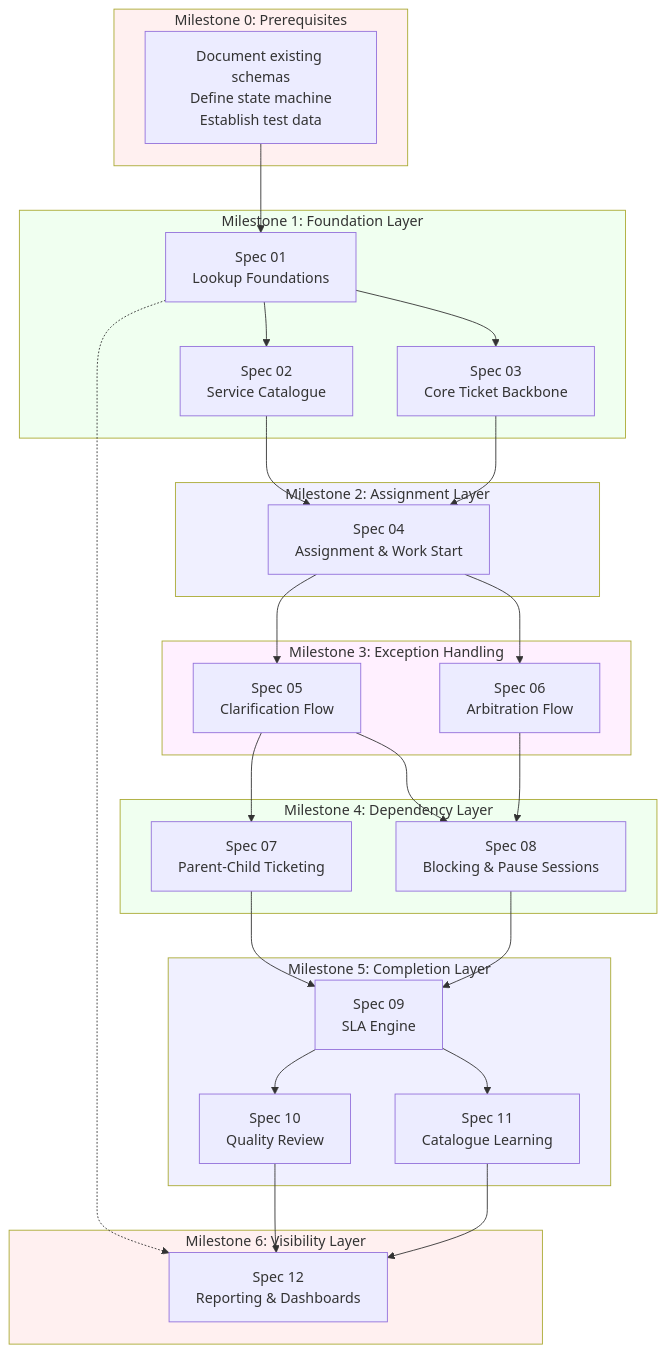
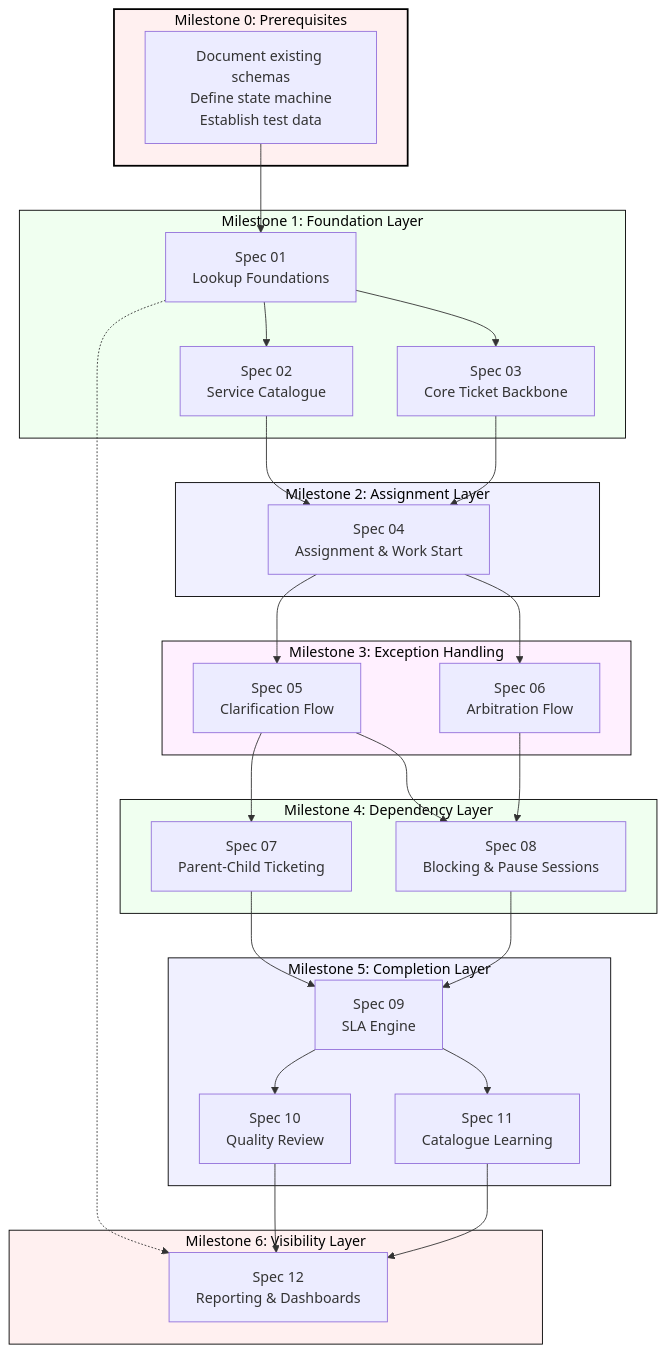
Before and after one commit to Fahad1993/SmartFoundationTickets: the second of 12 diagrams in workflow_analysis.md, drawn with Mermaid. The commit also changed other lines of this file and 25 other files, not shown here.

First line of the commit message:
Add ticketing DB schema and sync workflows

````diff
--- a/workflow_analysis.md
+++ b/workflow_analysis.md
@@ -93,62 +102,75 @@
 ```mermaid
 graph TB
     subgraph M0["Milestone 0: Prerequisites"]
         PREREQ[Document existing schemas<br/>Define state machine<br/>Establish test data]
     end
 
     subgraph M1["Milestone 1: Foundation Layer"]
         S01[Spec 01<br/>Lookup Foundations]
         S02[Spec 02<br/>Service Catalogue]
         S03[Spec 03<br/>Core Ticket Backbone]
     end
 
     subgraph M2["Milestone 2: Assignment Layer"]
         S04[Spec 04<br/>Assignment & Work Start]
     end
 
     subgraph M3["Milestone 3: Exception Handling"]
         S05[Spec 05<br/>Clarification Flow]
         S06[Spec 06<br/>Arbitration Flow]
     end
 
     subgraph M4["Milestone 4: Dependency Layer"]
         S07[Spec 07<br/>Parent-Child Ticketing]
         S08[Spec 08<br/>Blocking & Pause Sessions]
     end
 
     subgraph M5["Milestone 5: Completion Layer"]
         S09[Spec 09<br/>SLA Engine]
         S10[Spec 10<br/>Quality Review]
         S11[Spec 11<br/>Catalogue Learning]
     end
 
     subgraph M6["Milestone 6: Visibility Layer"]
         S12[Spec 12<br/>Reporting & Dashboards]
     end
 
     PREREQ --> S01
     S01 --> S02
     S01 --> S03
     S01 -.-> S12
     S02 --> S04
     S03 --> S04
     S04 --> S05
     S04 --> S06
     S05 --> S07
     S05 --> S08
     S06 --> S08
     S07 --> S09
     S08 --> S09
     S09 --> S10
     S09 --> S11
     S10 --> S12
     S11 --> S12
 
-    style M0 fill:#fff0f0
-    style M1 fill:#f0fff0
-    style M2 fill:#f0f0ff
-    style M3 fill:#fff0ff
-    style M4 fill:#f0fff0
-    style M5 fill:#f0f0ff
-    style M6 fill:#fff0f0
+    classDef m0Font fill:#fff0f0,stroke:#000000,stroke-width:2px,color:#000000;
+    class M0 m0Font;
+
+    classDef m1Font fill:#f0fff0,stroke:#000000,stroke-width:1px,color:#000000;
+    class M1 m1Font;
+
+    classDef m2Font fill:#f0f0ff,stroke:#000000,stroke-width:1px,color:#000000;
+    class M2 m2Font;
+
+    classDef m3Font fill:#fff0ff,stroke:#000000,stroke-width:1px,color:#000000;
+    class M3 m3Font;
+
+    classDef m4Font fill:#f0fff0,stroke:#000000,stroke-width:1px,color:#000000;
+    class M4 m4Font;
+
+    classDef m5Font fill:#f0f0ff,stroke:#000000,stroke-width:1px,color:#000000;
+    class M5 m5Font;
+
+    classDef m6Font fill:#fff0f0,stroke:#000000,stroke-width:1px,color:#000000;
+    class M6 m6Font;
 ```
````
